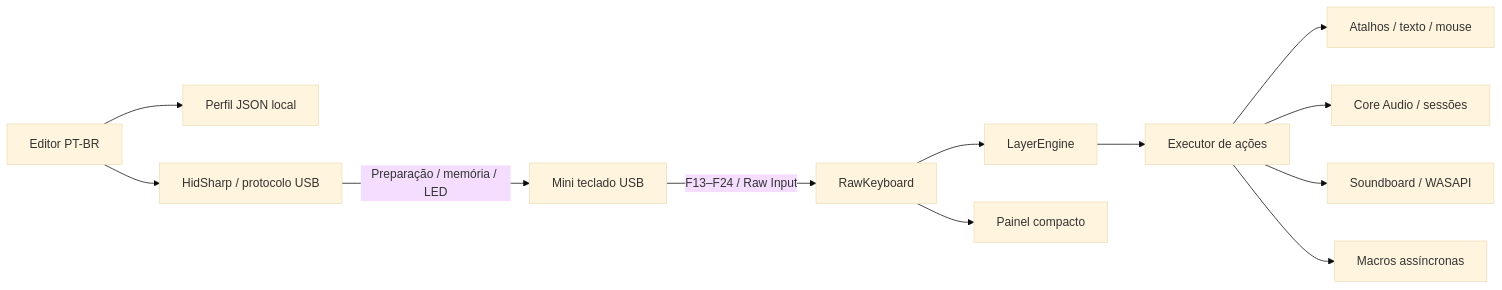
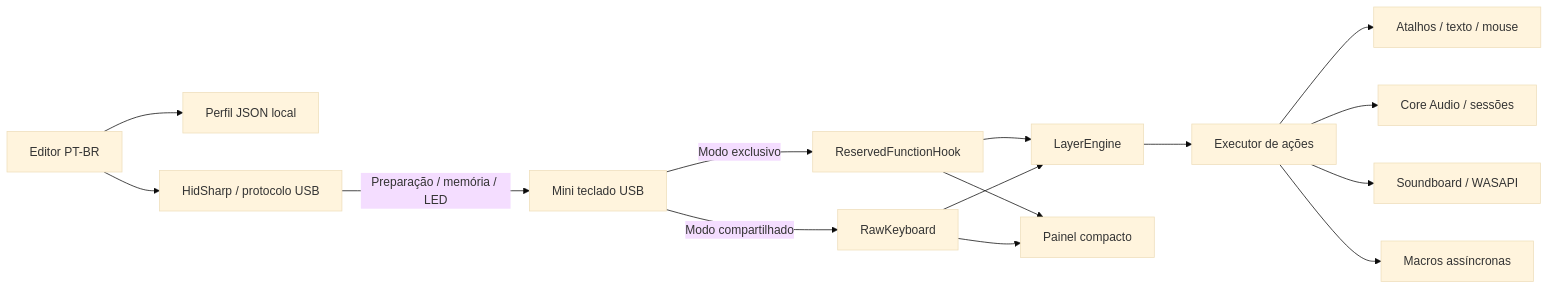
Before and after one commit to VikThorSkynet/minideck-ptbr: the diagram in docs/ARQUITETURA.md, drawn with Mermaid (base theme). The commit also changed other lines of this file and 23 other files, not shown here.

````diff
--- a/docs/ARQUITETURA.md
+++ b/docs/ARQUITETURA.md
@@ -5,14 +5,17 @@
 ```mermaid
 flowchart LR
-    K[Mini teclado USB] -->|F13–F24 / Raw Input| I[RawKeyboard]
+    K[Mini teclado USB] -->|Modo compartilhado| I[RawKeyboard]
+    K -->|Modo exclusivo| Hk[ReservedFunctionHook]
+    Hk --> L[LayerEngine]
+    Hk --> C[Painel compacto]
     I --> L[LayerEngine]
     I --> C[Painel compacto]
     L --> E[Executor de ações]
     E --> W[Atalhos / texto / mouse]
     E --> A[Core Audio / sessões]
     E --> S[Soundboard / WASAPI]
     E --> M[Macros assíncronas]
     UI[Editor PT-BR] --> P[Perfil JSON local]
     UI --> H[HidSharp / protocolo USB]
     H -->|Preparação / memória / LED| K
 ```
````
